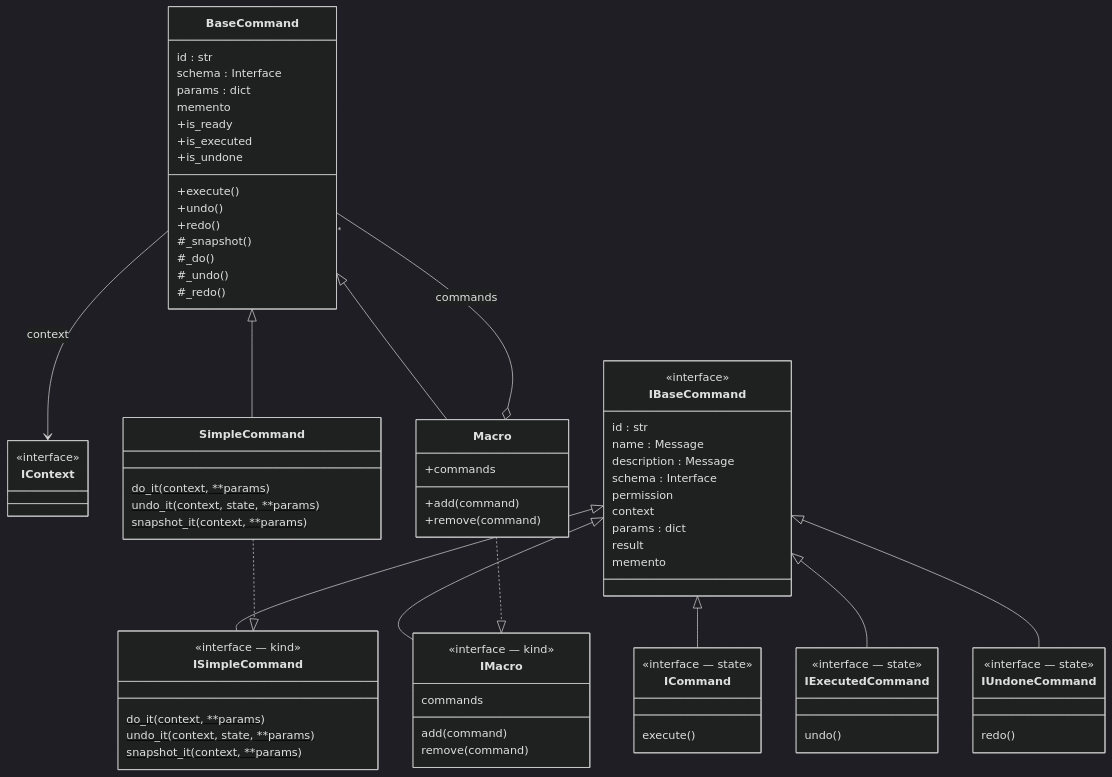
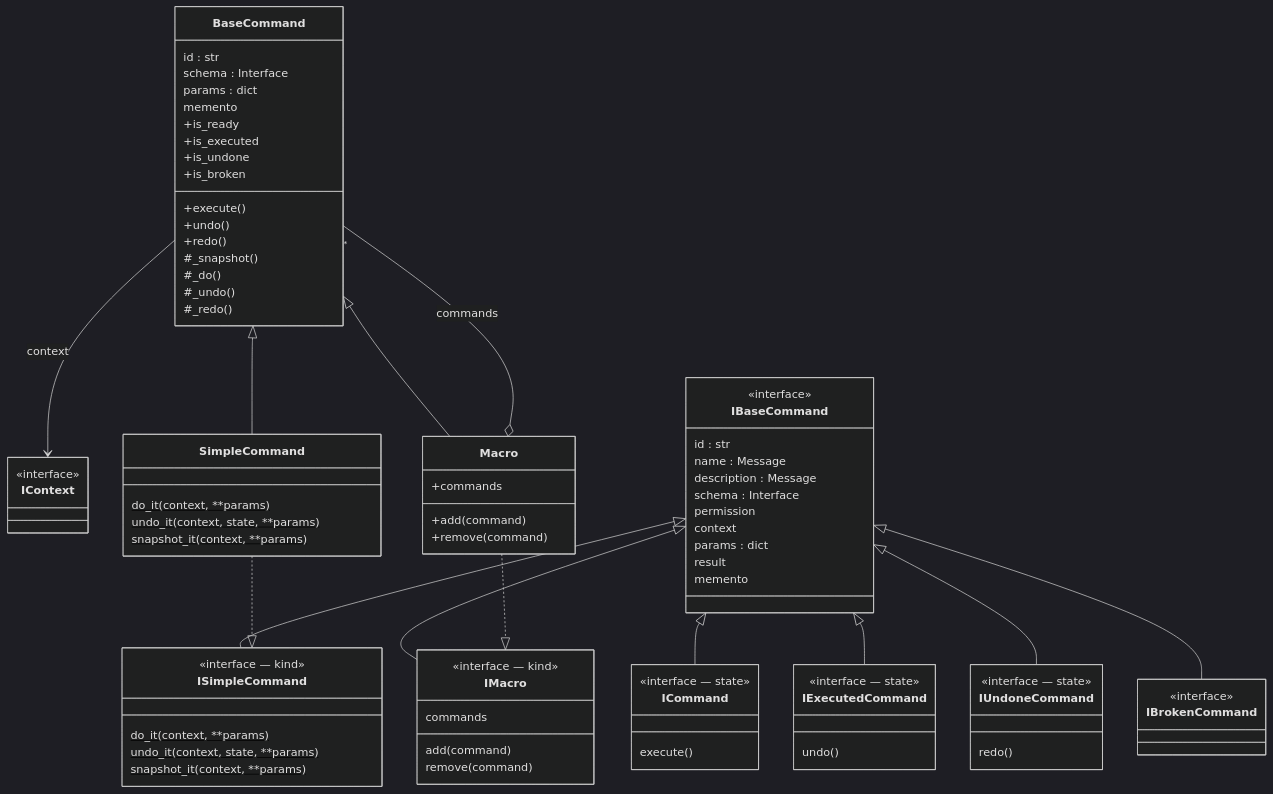
The second of 9 diagrams in docs/en/architecture.md (michaellaunay/komandaro), drawn with Mermaid (dark theme) before and after one commit. The commit also changed other lines of this file and 18 other files, not shown here.

```diff
--- a/docs/en/architecture.md
+++ b/docs/en/architecture.md
@@ -133,6 +134,10 @@
     IBaseCommand <|-- ICommand
     IBaseCommand <|-- IExecutedCommand
     IBaseCommand <|-- IUndoneCommand
+    class IBrokenCommand {
+        <<interface>>
+    }
+    IBaseCommand <|-- IBrokenCommand
     IBaseCommand <|-- ISimpleCommand
     IBaseCommand <|-- IMacro
 
@@ -147,6 +152,7 @@
         +is_ready
         +is_executed
         +is_undone
+        +is_broken
         #_snapshot()
         #_do()
         #_undo()
```
